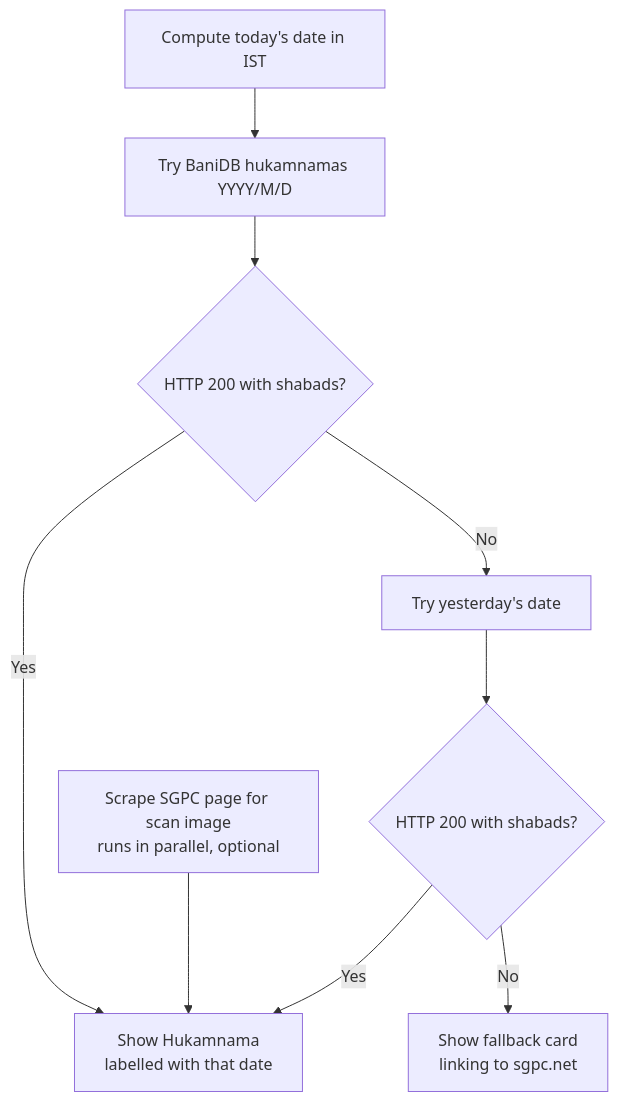
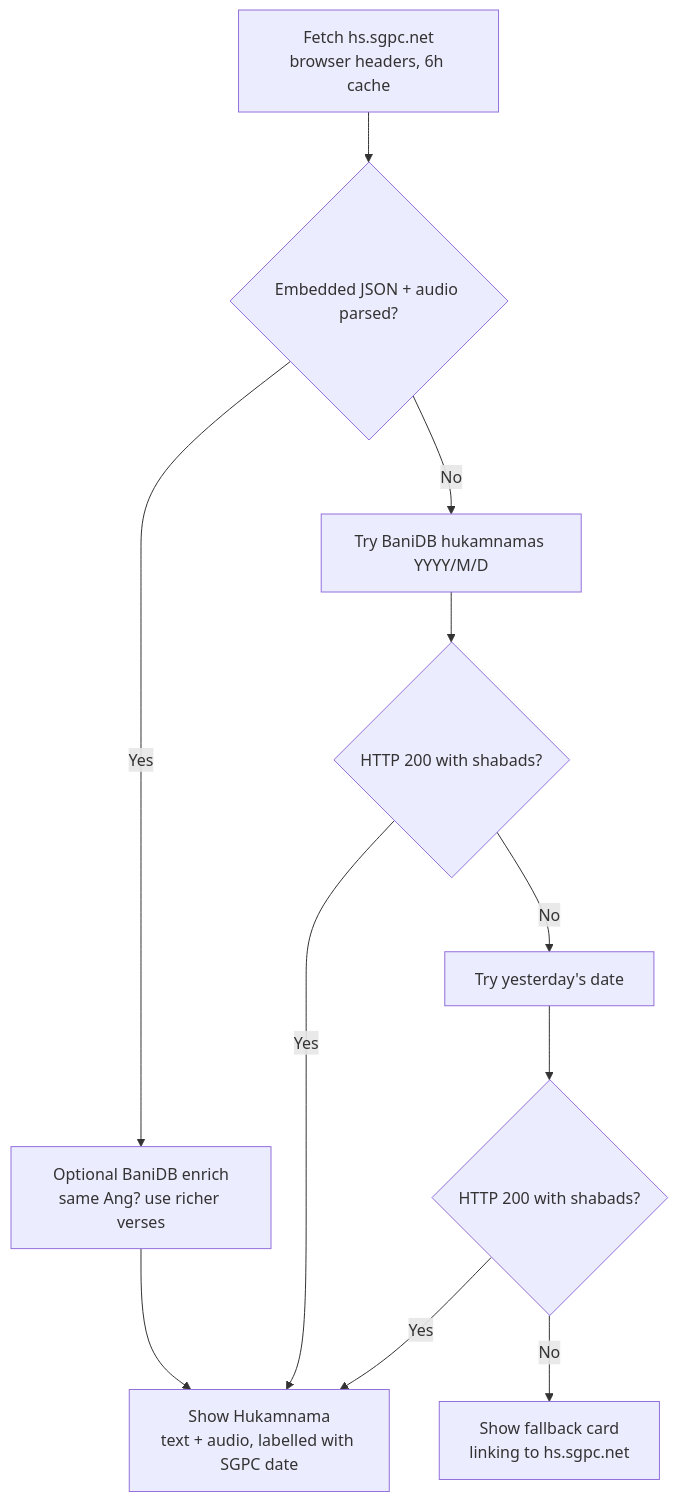
One commit to mithun-srinivasan/sggs changed the third of 5 diagrams in README.md. Above: the diagram before and after it, drawn with Mermaid. The commit also changed other lines of this file and 20 other files, not shown here.

Commit message:
Reliability batch: SGPC auto-update years, hs.sgpc.net Hukamnama, hover top bar, calendar keys, backup, CI, RULES

````diff
--- a/README.md
+++ b/README.md
@@ -85,11 +87,13 @@
 ```mermaid
 flowchart TD
-    IST["Compute today's date in IST"] --> TRY["Try BaniDB hukamnamas YYYY/M/D"]
+    SGPC["Fetch hs.sgpc.net<br/>browser headers, 6h cache"] --> PARSE{"Embedded JSON + audio parsed?"}
+    PARSE -- Yes --> ENRICH["Optional BaniDB enrich<br/>same Ang? use richer verses"]
+    ENRICH --> SHOW["Show Hukamnama<br/>text + audio, labelled with SGPC date"]
+    PARSE -- No --> TRY["Try BaniDB hukamnamas YYYY/M/D"]
     TRY --> OK{"HTTP 200 with shabads?"}
-    OK -- Yes --> SHOW["Show Hukamnama<br/>labelled with that date"]
+    OK -- Yes --> SHOW
     OK -- No --> YEST["Try yesterday's date"]
     YEST --> OK2{"HTTP 200 with shabads?"}
     OK2 -- Yes --> SHOW
-    OK2 -- No --> FALLBACK["Show fallback card<br/>linking to sgpc.net"]
-    IMG["Scrape SGPC page for scan image<br/>runs in parallel, optional"] --> SHOW
+    OK2 -- No --> FALLBACK["Show fallback card<br/>linking to hs.sgpc.net"]
 ```
````
